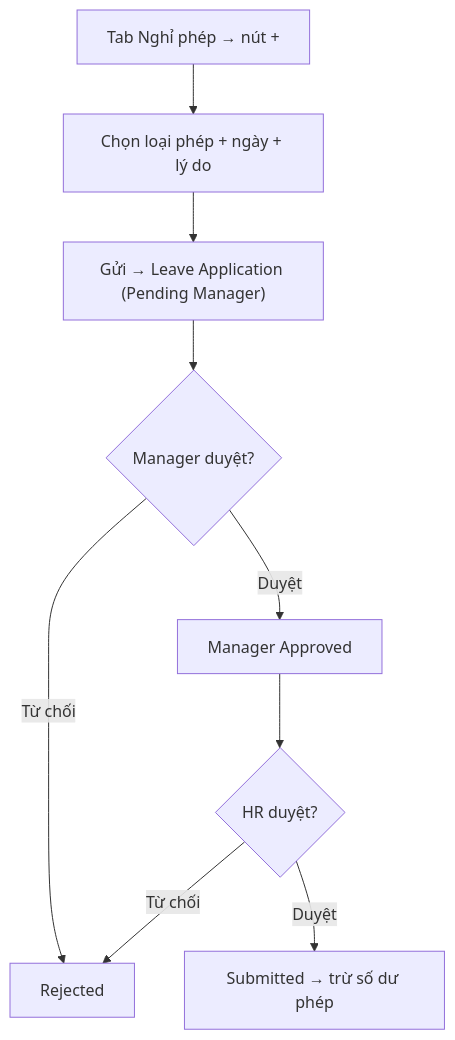
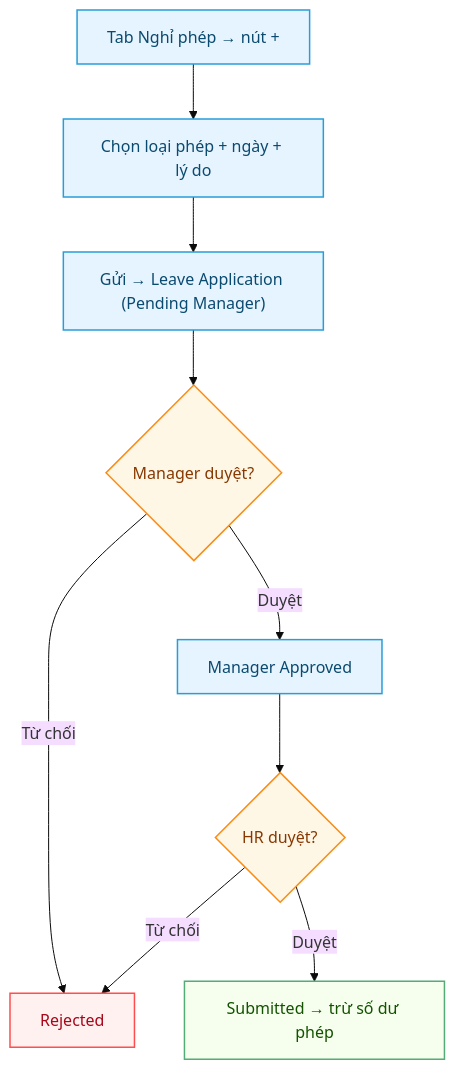
One commit to CobeGroup/cobe_erp_documents changed the second of 2 diagrams in users/HR-Leave-Setup.md. Above: the diagram before and after it, drawn with Mermaid. The commit also changed other lines of this file and 5 other files, not shown here.

First line of the commit message:
docs: flowchart tô màu theo loại ô (process/decision/kết quả) + tăng cỡ chữ doc

````diff
--- a/users/HR-Leave-Setup.md
+++ b/users/HR-Leave-Setup.md
@@ -40,11 +47,22 @@
 ```mermaid
+%%{init: {'theme':'base','themeVariables':{'fontSize':'16px'},'flowchart':{'nodeSpacing':50,'rankSpacing':55}}}%%
 flowchart TD
+  classDef process fill:#e6f4ff,stroke:#299dd8,stroke-width:1.5px,color:#0b4a6f;
+  classDef decision fill:#fff7e6,stroke:#fa8c16,stroke-width:1.5px,color:#873800;
+  classDef good fill:#f6ffed,stroke:#54ab78,stroke-width:1.5px,color:#135200;
+  classDef bad fill:#fff1f0,stroke:#ff4d4f,stroke-width:1.5px,color:#a8071a;
+
   A["Tab Nghỉ phép → nút +"] --> B["Chọn loại phép + ngày + lý do"]
   B --> C["Gửi → Leave Application (Pending Manager)"]
   C --> D{"Manager duyệt?"}
   D -- "Từ chối" --> X["Rejected"]
   D -- "Duyệt" --> E["Manager Approved"]
   E --> F{"HR duyệt?"}
   F -- "Từ chối" --> X
   F -- "Duyệt" --> G["Submitted → trừ số dư phép"]
+
+  class A,B,C,E process
+  class D,F decision
+  class G good
+  class X bad
 ```
````
